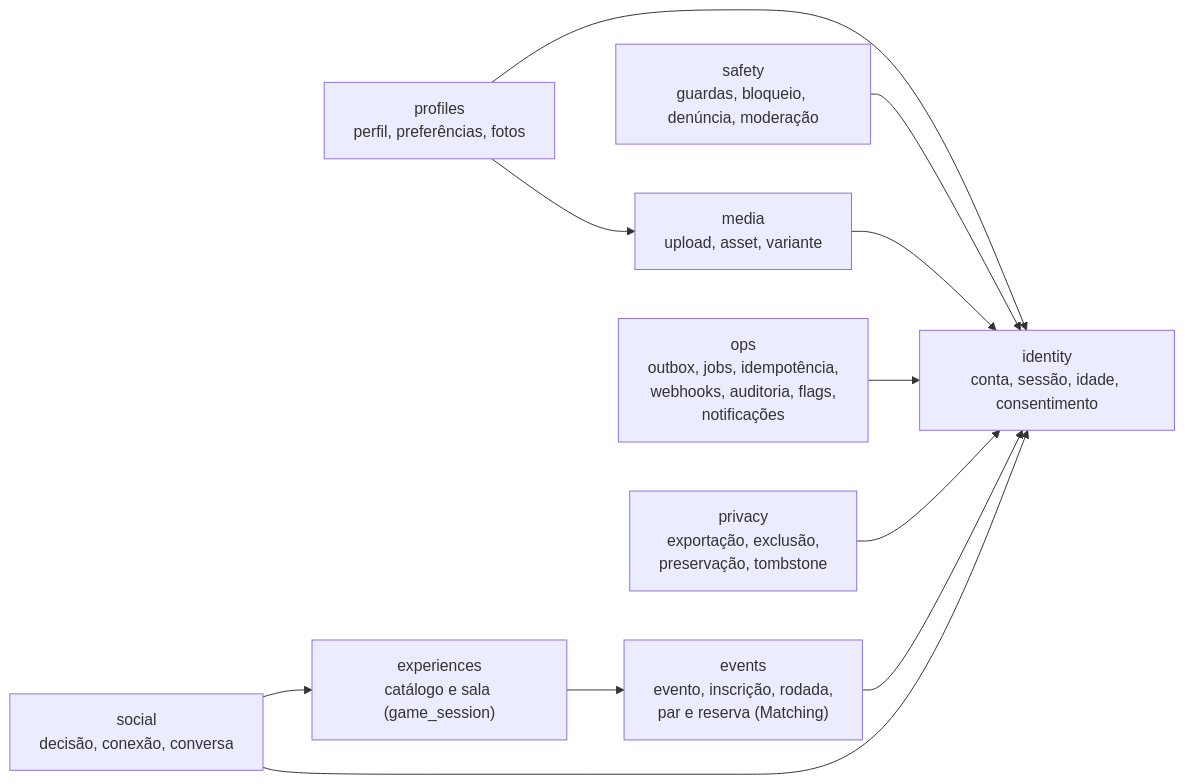
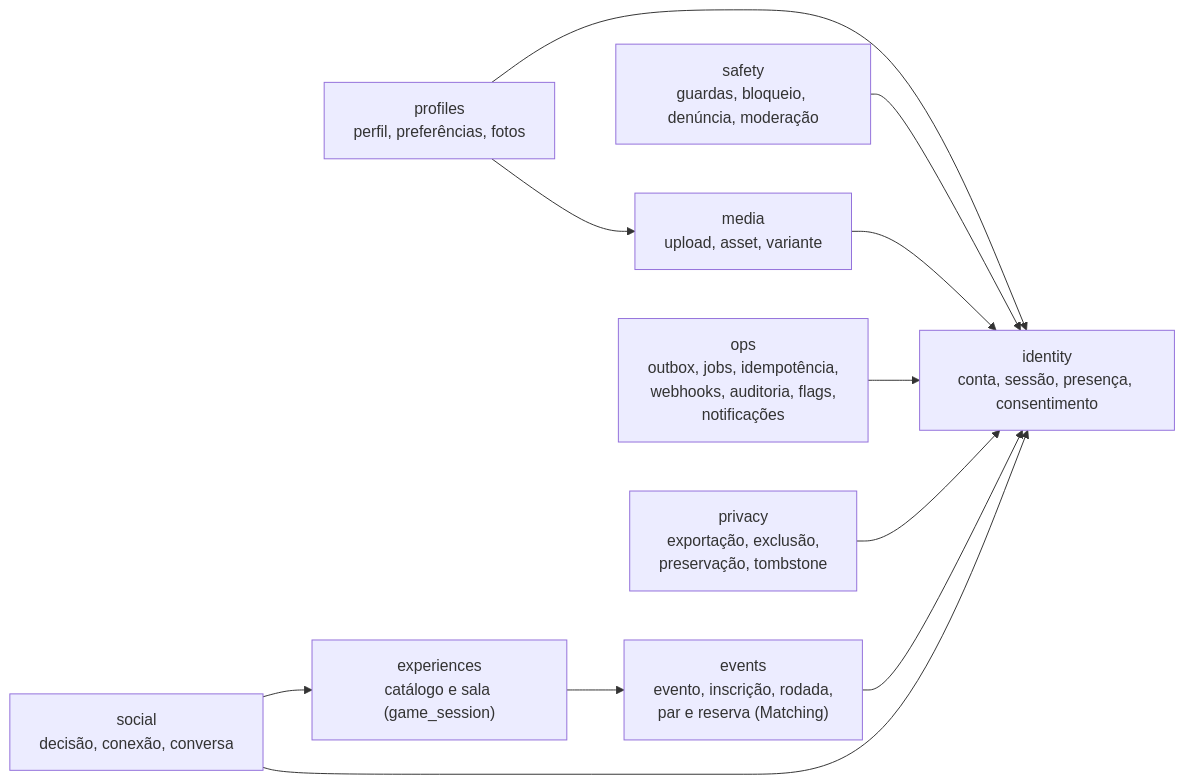
The first of 10 diagrams in docs/data/model.md (BipoXDXD/duora), drawn with Mermaid before and after one commit. The commit also changed 5 other files, not shown here.

````diff
--- a/docs/data/model.md
+++ b/docs/data/model.md
@@ -53,22 +53,22 @@
 ```mermaid
 flowchart LR
-    identity["identity<br/>conta, sessão, idade, consentimento"]
+    identity["identity<br/>conta, sessão, presença, consentimento"]
     profiles["profiles<br/>perfil, preferências, fotos"]
     events["events<br/>evento, inscrição, rodada,<br/>par e reserva (Matching)"]
     experiences["experiences<br/>catálogo e sala (game_session)"]
     social["social<br/>decisão, conexão, conversa"]
     safety["safety<br/>guardas, bloqueio, denúncia, moderação"]
     media["media<br/>upload, asset, variante"]
     ops["ops<br/>outbox, jobs, idempotência,<br/>webhooks, auditoria, flags,<br/>notificações"]
     privacy["privacy<br/>exportação, exclusão,<br/>preservação, tombstone"]
     profiles --> identity
     events --> identity
     experiences --> events
     social --> experiences
     social --> identity
     safety --> identity
     media --> identity
     profiles --> media
     privacy --> identity
     ops --> identity
 ```
````
